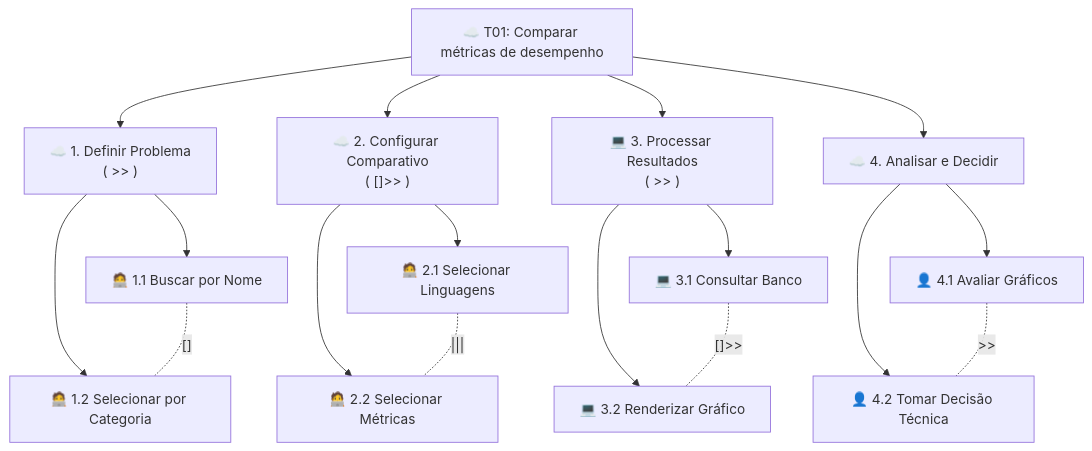
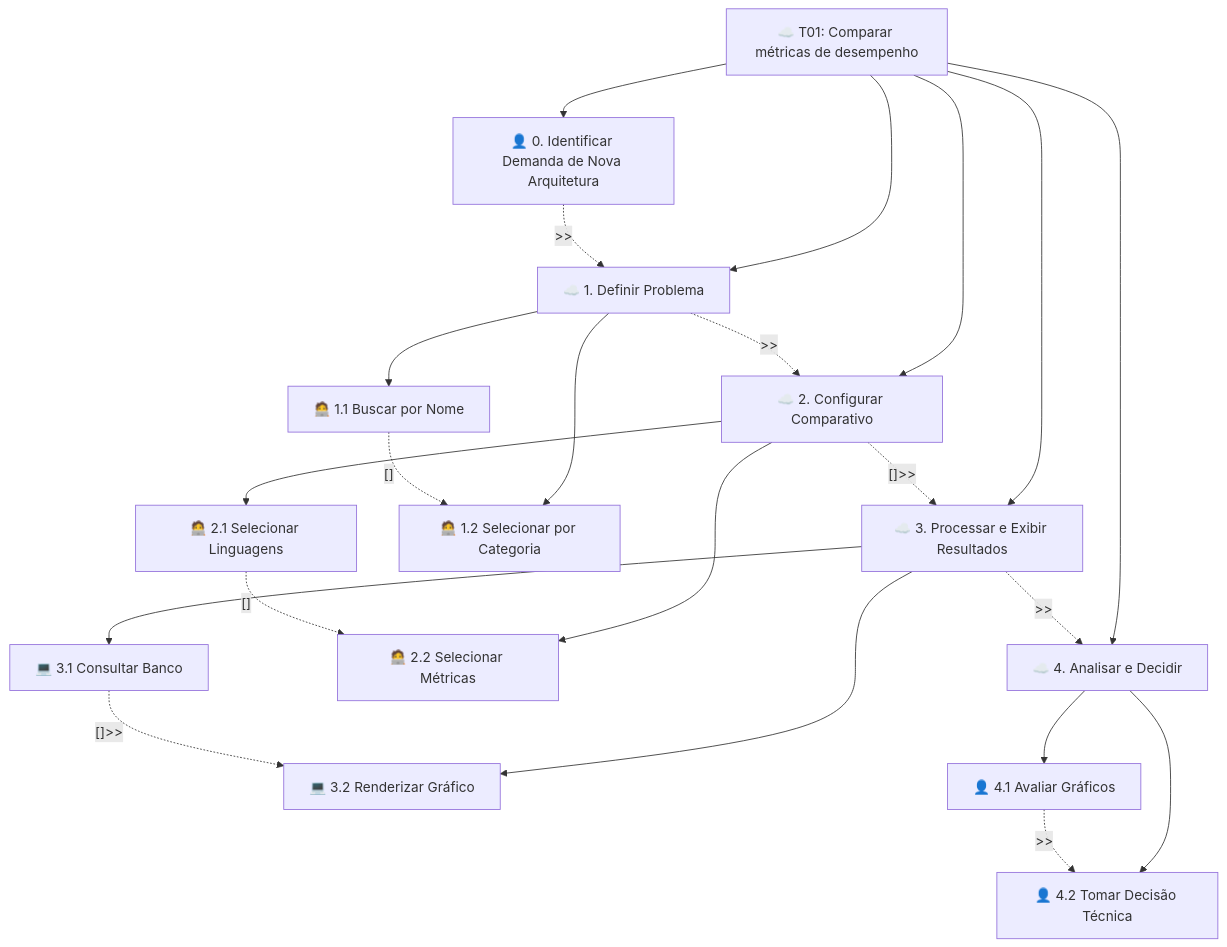
Before and after one commit to augustotx/ihc2026: the second of 4 diagrams in docs/05_analise_tarefas.md, drawn with Mermaid. The commit also changed other lines of this file, not shown here.

````diff
--- a/docs/05_analise_tarefas.md
+++ b/docs/05_analise_tarefas.md
@@ -173,42 +166,45 @@
 ```mermaid
 graph TD
     T0["☁️ T01: Comparar métricas de desempenho"]
-
-    T1["☁️ 1. Definir Problema<br />( >> )"]
-    T2["☁️ 2. Configurar Comparativo<br />( []>> )"]
-    T3["💻 3. Processar Resultados<br />( >> )"]
+    T_EXT["👤 0. Identificar Demanda de Nova Arquitetura"]
+    T1["☁️ 1. Definir Problema"]
+    T2["☁️ 2. Configurar Comparativo"]
+    T3["☁️ 3. Processar e Exibir Resultados"]
     T4["☁️ 4. Analisar e Decidir"]
 
     T1_1["🧑‍💻 1.1 Buscar por Nome"]
     T1_2["🧑‍💻 1.2 Selecionar por Categoria"]
-
     T2_1["🧑‍💻 2.1 Selecionar Linguagens"]
     T2_2["🧑‍💻 2.2 Selecionar Métricas"]
-
     T3_1["💻 3.1 Consultar Banco"]
     T3_2["💻 3.2 Renderizar Gráfico"]
-
     T4_1["👤 4.1 Avaliar Gráficos"]
     T4_2["👤 4.2 Tomar Decisão Técnica"]
 
+    T0 --> T_EXT
     T0 --> T1
     T0 --> T2
     T0 --> T3
     T0 --> T4
 
+    T_EXT -.->|">>"| T1
+    T1 -.->|">>"| T2
+    T2 -.->|"[]>>"| T3
+    T3 -.->|">>"| T4
+
     T1 --> T1_1
     T1 --> T1_2
-    T1_1 -.-|"[]"| T1_2
+    T1_1 -.->|"[]"| T1_2
 
     T2 --> T2_1
     T2 --> T2_2
-    T2_1 -.-|"|||"| T2_2
+    T2_1 -.->|"[]"| T2_2
 
     T3 --> T3_1
     T3 --> T3_2
-    T3_1 -.-|"[]>>"| T3_2
+    T3_1 -.->|"[]>>"| T3_2
 
     T4 --> T4_1
     T4 --> T4_2
-    T4_1 -.-|">>"| T4_2
+    T4_1 -.->|">>"| T4_2
 ```
````
